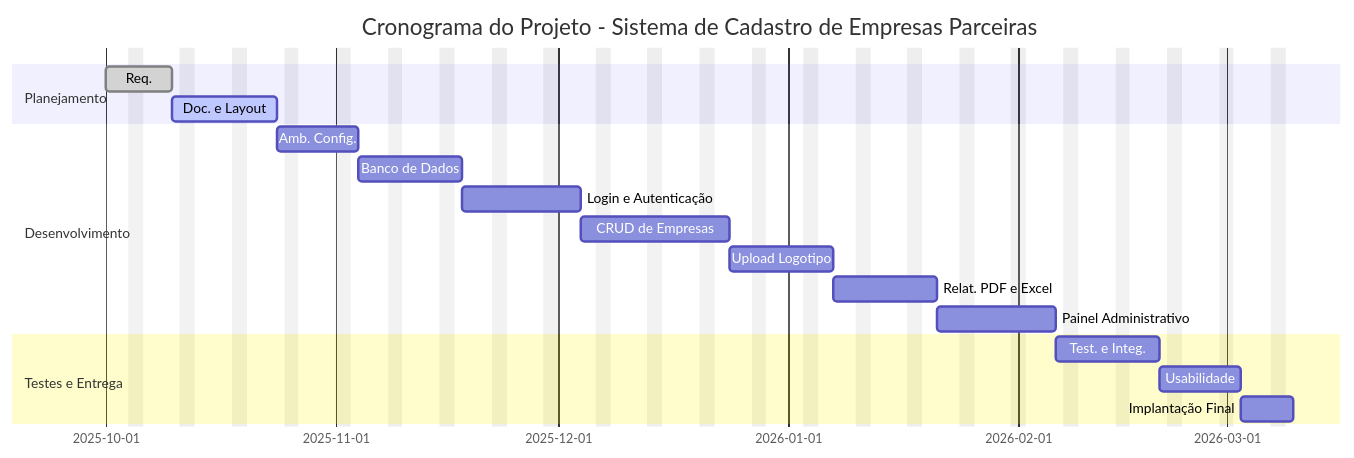
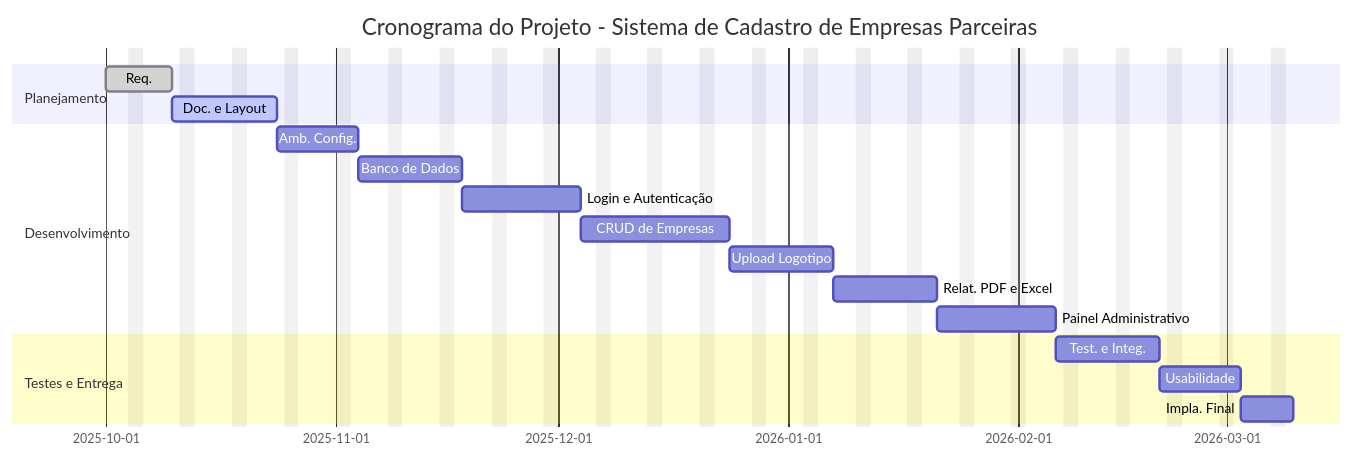
One commit to ViniSouzaCosta/atv-gantt-crystal changed the diagram in README.md. Above: the diagram before and after it, drawn with Mermaid.

````diff
--- a/README.md
+++ b/README.md
@@ -3,29 +3,29 @@
 ```mermaid
 gantt
     dateFormat  YYYY-MM-DD
     title Cronograma do Projeto - Sistema de Cadastro de Empresas Parceiras
     excludes weekends
 
     section Planejamento
     Req.                     :done,    reqs, 2025-10-01, 7d
     Doc. e Layout           :active,  docs, after reqs, 10d
 
     section Desenvolvimento
     Amb. Config.           :dev1, after docs, 7d
     Banco de Dados                  :dev2, after dev1, 10d
     Login e Autenticação            :dev3, after dev2, 12d
     CRUD de Empresas                :dev4, after dev3, 14d
     Upload Logotipo                 :dev5, after dev4, 10d
     Relat. PDF e Excel              :dev6, after dev5, 10d
     Painel Administrativo           :dev7, after dev6, 12d
 
     section Testes e Entrega
     Test. e Integ.             :qa1, after dev7, 10d
     Usabilidade                     :qa2, after qa1, 7d
-    Implantação Final               :deliver, after qa2, 5d
+    Impla. Final               :deliver, after qa2, 5d
 
 
 
 
 
   ```
````
